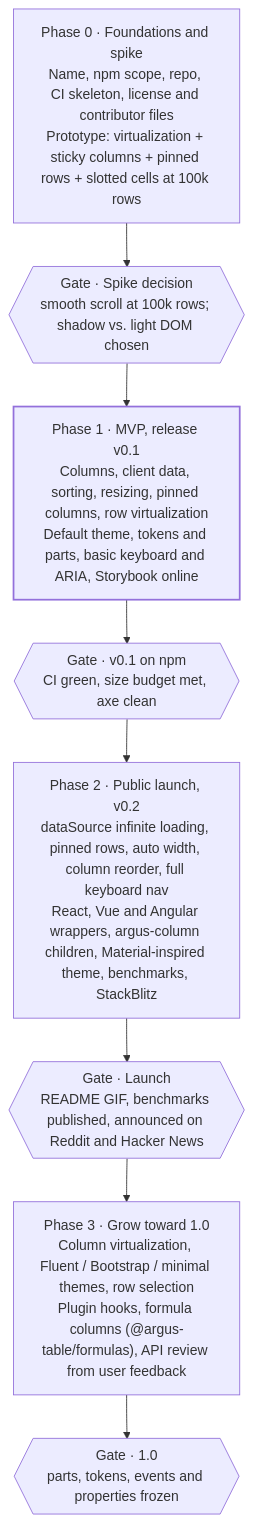
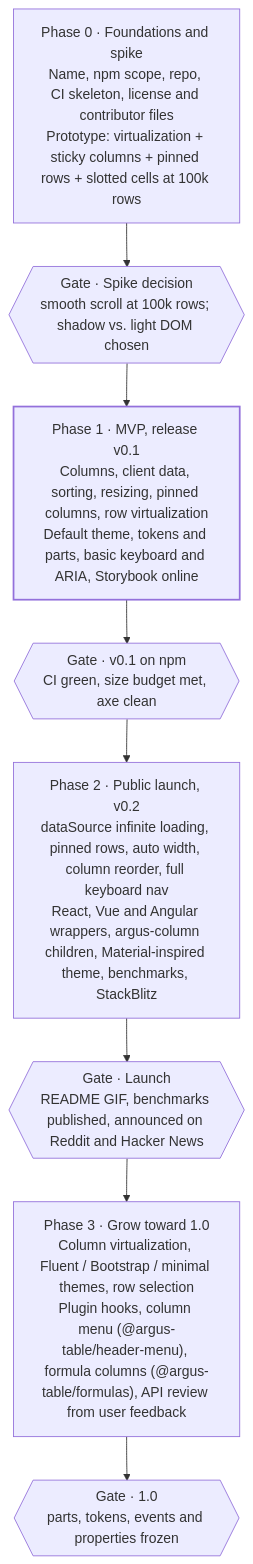
The diagram in docs/plan/plan/12-roadmap.md (Joessst-Dev/argus-table), drawn with Mermaid before and after one commit. The commit also changed other lines of this file and 44 other files, not shown here.

````diff
--- a/docs/plan/plan/12-roadmap.md
+++ b/docs/plan/plan/12-roadmap.md
@@ -11,16 +11,16 @@
 ```mermaid
 flowchart TD
     P0["Phase 0 · Foundations and spike<br/>Name, npm scope, repo, CI skeleton, license and contributor files<br/>Prototype: virtualization + sticky columns + pinned rows + slotted cells at 100k rows"]
     G0{{"Gate · Spike decision<br/>smooth scroll at 100k rows; shadow vs. light DOM chosen"}}
     P1["Phase 1 · MVP, release v0.1<br/>Columns, client data, sorting, resizing, pinned columns, row virtualization<br/>Default theme, tokens and parts, basic keyboard and ARIA, Storybook online"]
     G1{{"Gate · v0.1 on npm<br/>CI green, size budget met, axe clean"}}
     P2["Phase 2 · Public launch, v0.2<br/>dataSource infinite loading, pinned rows, auto width, column reorder, full keyboard nav<br/>React, Vue and Angular wrappers, argus-column children, Material-inspired theme, benchmarks, StackBlitz"]
     G2{{"Gate · Launch<br/>README GIF, benchmarks published, announced on Reddit and Hacker News"}}
-    P3["Phase 3 · Grow toward 1.0<br/>Column virtualization, Fluent / Bootstrap / minimal themes, row selection<br/>Plugin hooks, formula columns (@argus-table/formulas), API review from user feedback"]
+    P3["Phase 3 · Grow toward 1.0<br/>Column virtualization, Fluent / Bootstrap / minimal themes, row selection<br/>Plugin hooks, column menu (@argus-table/header-menu), formula columns (@argus-table/formulas), API review from user feedback"]
     G3{{"Gate · 1.0<br/>parts, tokens, events and properties frozen"}}
 
     P0 --> G0 --> P1 --> G1 --> P2 --> G2 --> P3 --> G3
 
     classDef main stroke-width:2px
     class P1 main
 ```
````
